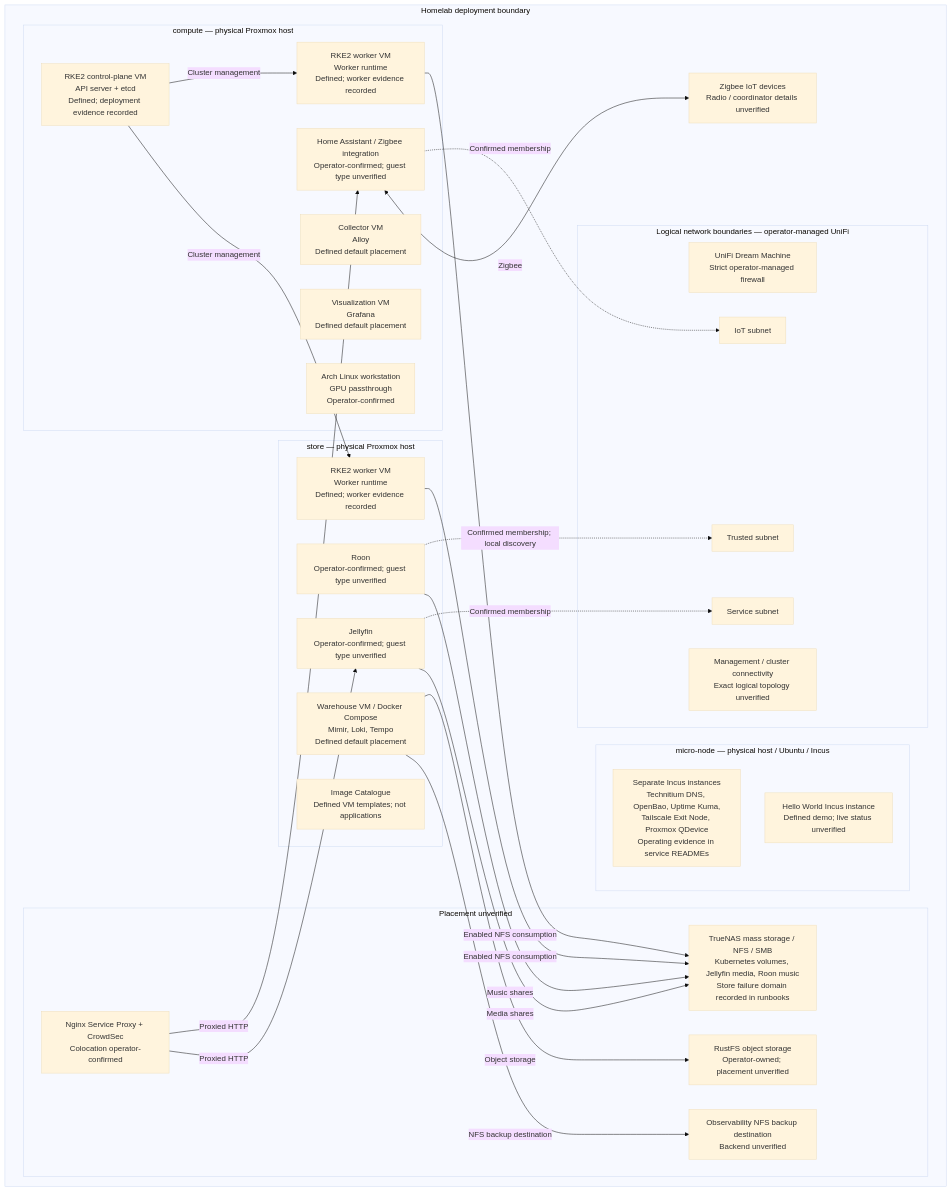
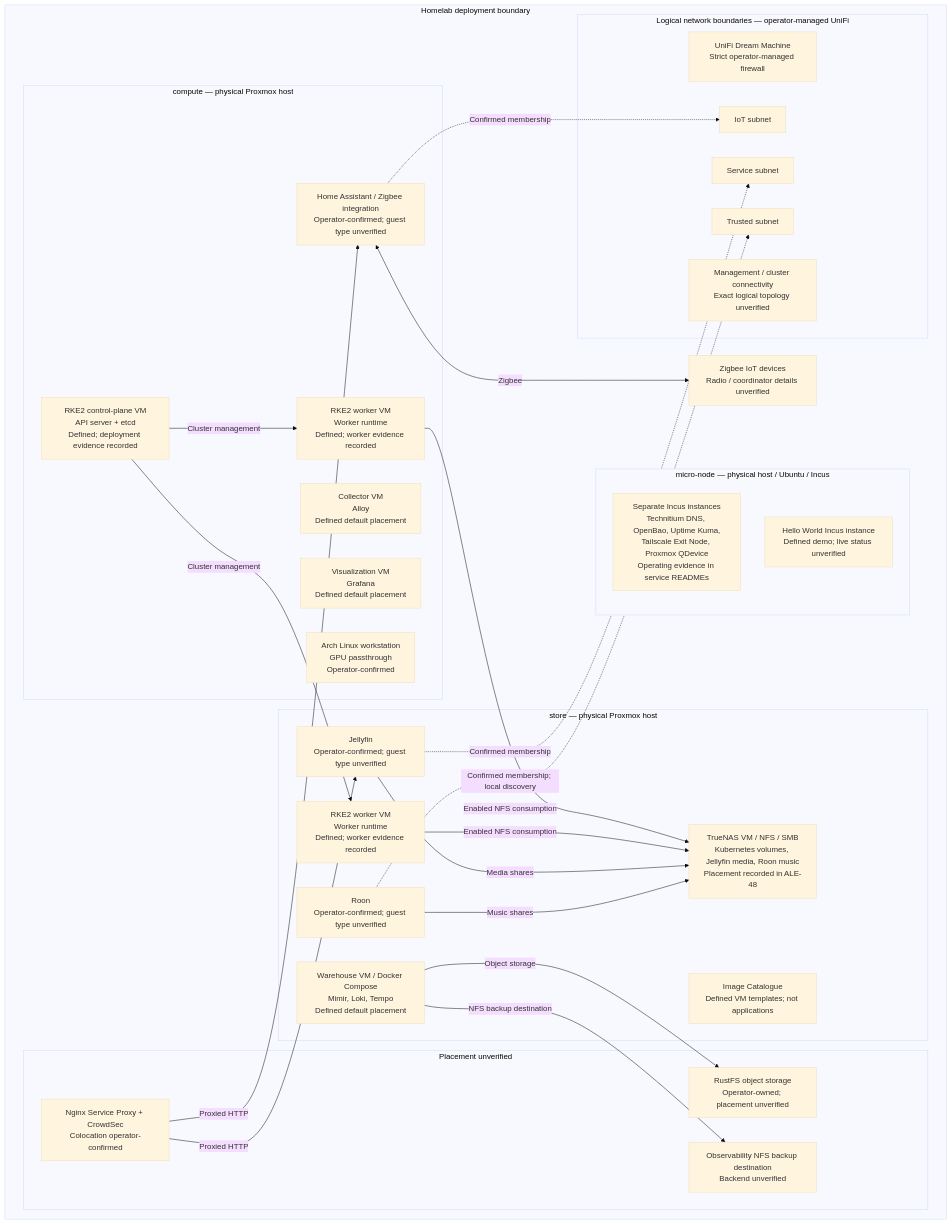
Before and after one commit to lexedwards/homelab: the fourth of 4 diagrams in docs/architecture.md, drawn with Mermaid (base theme). The commit also changed other lines of this file and 23 other files, not shown here.

````diff
--- a/docs/architecture.md
+++ b/docs/architecture.md
@@ -150,52 +150,52 @@
 ```mermaid
 flowchart TB
     subgraph lab["Homelab deployment boundary"]
         subgraph micro["micro-node — physical host / Ubuntu / Incus"]
             microapps["Separate Incus instances<br/>Technitium DNS, OpenBao, Uptime Kuma,<br/>Tailscale Exit Node, Proxmox QDevice<br/>Operating evidence in service READMEs"]
             hello["Hello World Incus instance<br/>Defined demo; live status unverified"]
         end
         subgraph compute["compute — physical Proxmox host"]
             cp["RKE2 control-plane VM<br/>API server + etcd<br/>Defined; deployment evidence recorded"]
             cw["RKE2 worker VM<br/>Worker runtime<br/>Defined; worker evidence recorded"]
             collector["Collector VM<br/>Alloy<br/>Defined default placement"]
             grafana["Visualization VM<br/>Grafana<br/>Defined default placement"]
             ha["Home Assistant / Zigbee integration<br/>Operator-confirmed; guest type unverified"]
             workstation["Arch Linux workstation<br/>GPU passthrough<br/>Operator-confirmed"]
         end
         subgraph store["store — physical Proxmox host"]
+            storage["TrueNAS VM / NFS / SMB<br/>Kubernetes volumes, Jellyfin media, Roon music<br/>Placement recorded in ALE-48"]
             sw["RKE2 worker VM<br/>Worker runtime<br/>Defined; worker evidence recorded"]
             warehouse["Warehouse VM / Docker Compose<br/>Mimir, Loki, Tempo<br/>Defined default placement"]
             images["Image Catalogue<br/>Defined VM templates; not applications"]
             jellyfin["Jellyfin<br/>Operator-confirmed; guest type unverified"]
             roon["Roon<br/>Operator-confirmed; guest type unverified"]
         end
         subgraph unknown["Placement unverified"]
-            storage["TrueNAS mass storage / NFS / SMB<br/>Kubernetes volumes, Jellyfin media, Roon music<br/>Store failure domain recorded in runbooks"]
             rustfs["RustFS object storage<br/>Operator-owned; placement unverified"]
             backupnfs["Observability NFS backup destination<br/>Backend unverified"]
             proxy["Nginx Service Proxy + CrowdSec<br/>Colocation operator-confirmed"]
         end
         subgraph network["Logical network boundaries — operator-managed UniFi"]
             firewall["UniFi Dream Machine<br/>Strict operator-managed firewall"]
             iot["IoT subnet"]
             service["Service subnet"]
             trusted["Trusted subnet"]
             management["Management / cluster connectivity<br/>Exact logical topology unverified"]
         end
         zigbee["Zigbee IoT devices<br/>Radio / coordinator details unverified"]
     end
     ha -.->|"Confirmed membership"| iot
     jellyfin -.->|"Confirmed membership"| service
     roon -.->|"Confirmed membership; local discovery"| trusted
     cp -->|"Cluster management"| cw
     cp -->|"Cluster management"| sw
     cw -->|"Enabled NFS consumption"| storage
     sw -->|"Enabled NFS consumption"| storage
     jellyfin -->|"Media shares"| storage
     roon -->|"Music shares"| storage
     warehouse -->|"Object storage"| rustfs
     warehouse -->|"NFS backup destination"| backupnfs
     ha <-->|"Zigbee"| zigbee
     proxy -->|"Proxied HTTP"| ha
     proxy -->|"Proxied HTTP"| jellyfin
 ```
````
